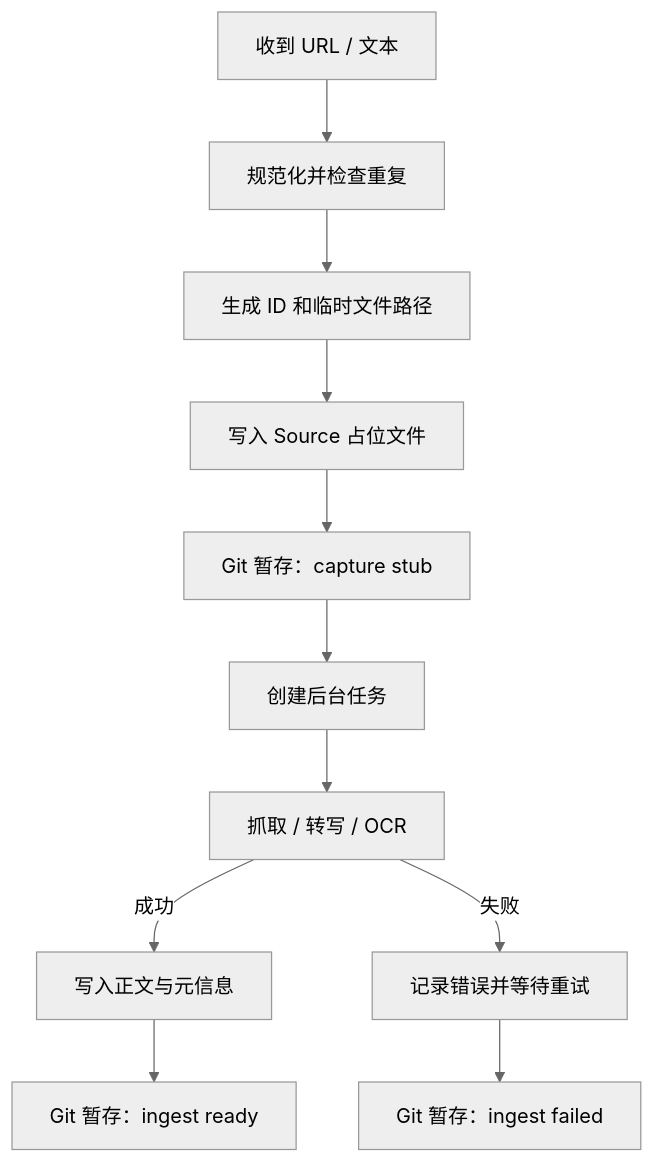
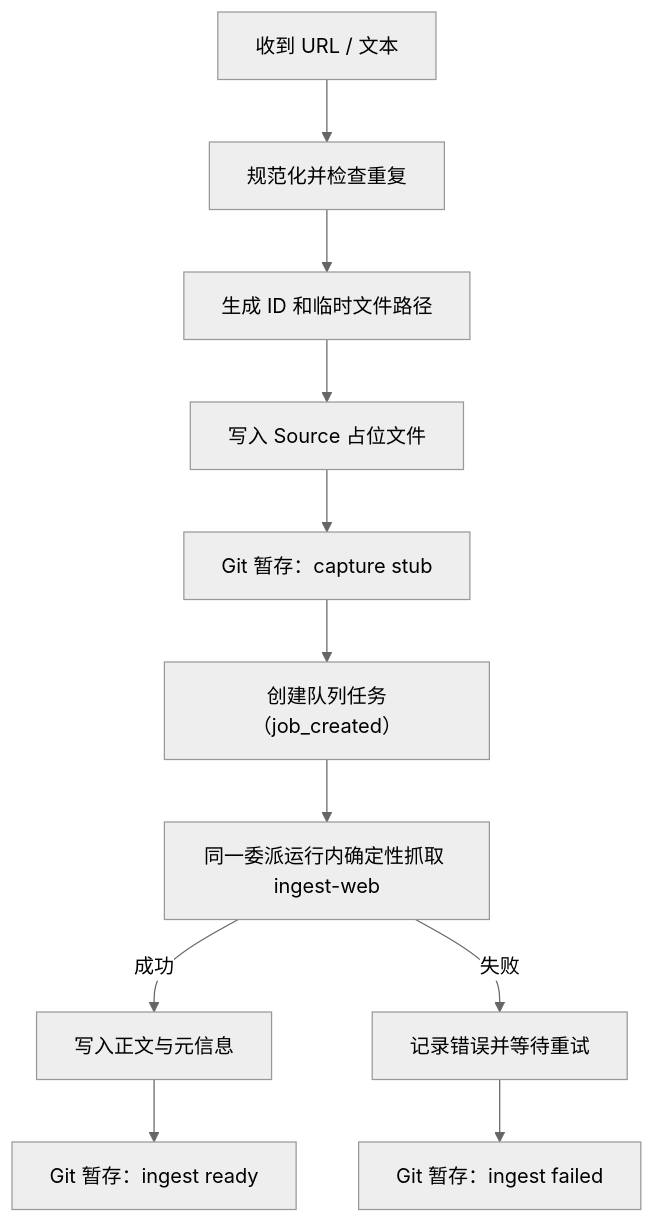
One commit to TTtrace/knowledge-vault-blueprint changed the diagram in specifications/capture-workflow.md. Above: the diagram before and after it, drawn with Mermaid (neutral theme). The commit also changed other lines of this file and 26 other files, not shown here.

````diff
--- a/specifications/capture-workflow.md
+++ b/specifications/capture-workflow.md
@@ -16,13 +16,13 @@
 ```mermaid
 flowchart TD
     A["收到 URL / 文本"] --> B["规范化并检查重复"]
     B --> C["生成 ID 和临时文件路径"]
     C --> D["写入 Source 占位文件"]
     D --> E["Git 暂存：capture stub"]
-    E --> F["创建后台任务"]
-    F --> G["抓取 / 转写 / OCR"]
+    E --> F["创建队列任务（job_created）"]
+    F --> G["同一委派运行内确定性抓取 ingest-web"]
     G -->|成功| H["写入正文与元信息"]
     G -->|失败| I["记录错误并等待重试"]
     H --> J["Git 暂存：ingest ready"]
     I --> K["Git 暂存：ingest failed"]
 ```
````
